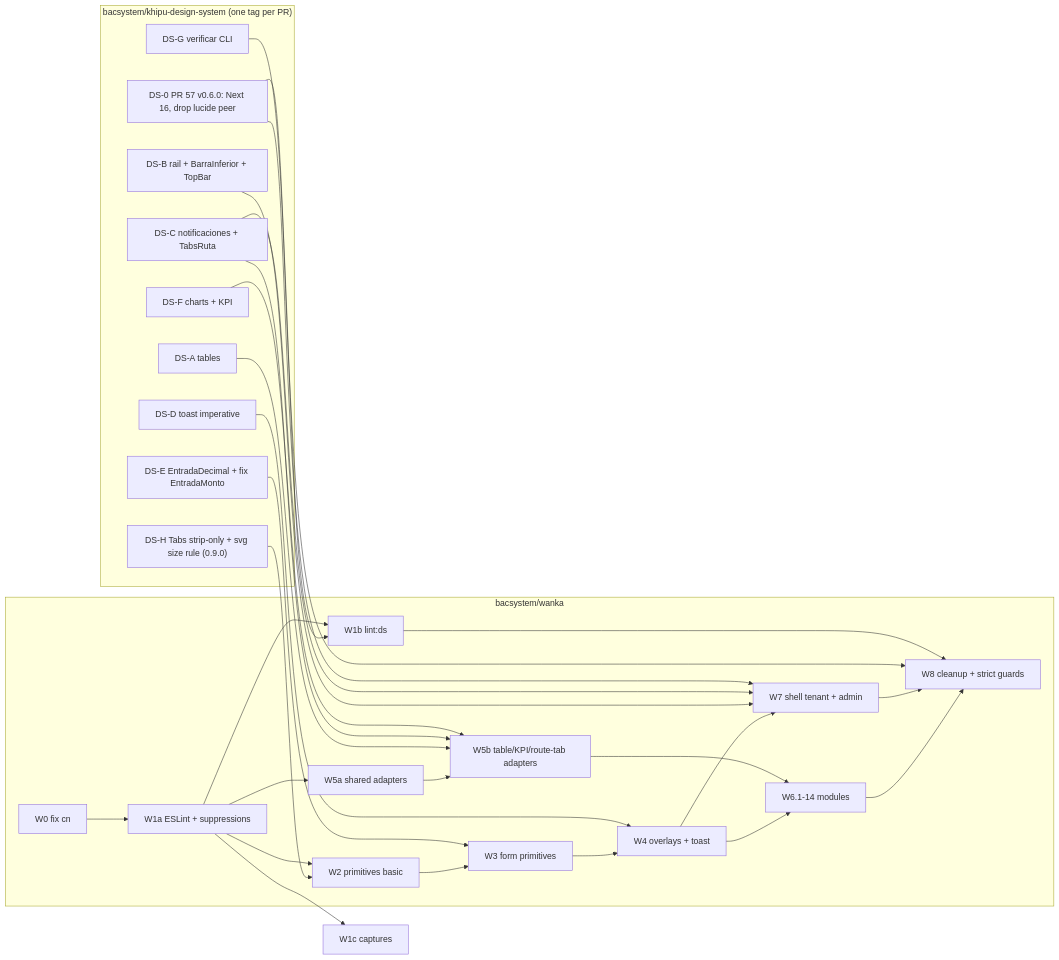
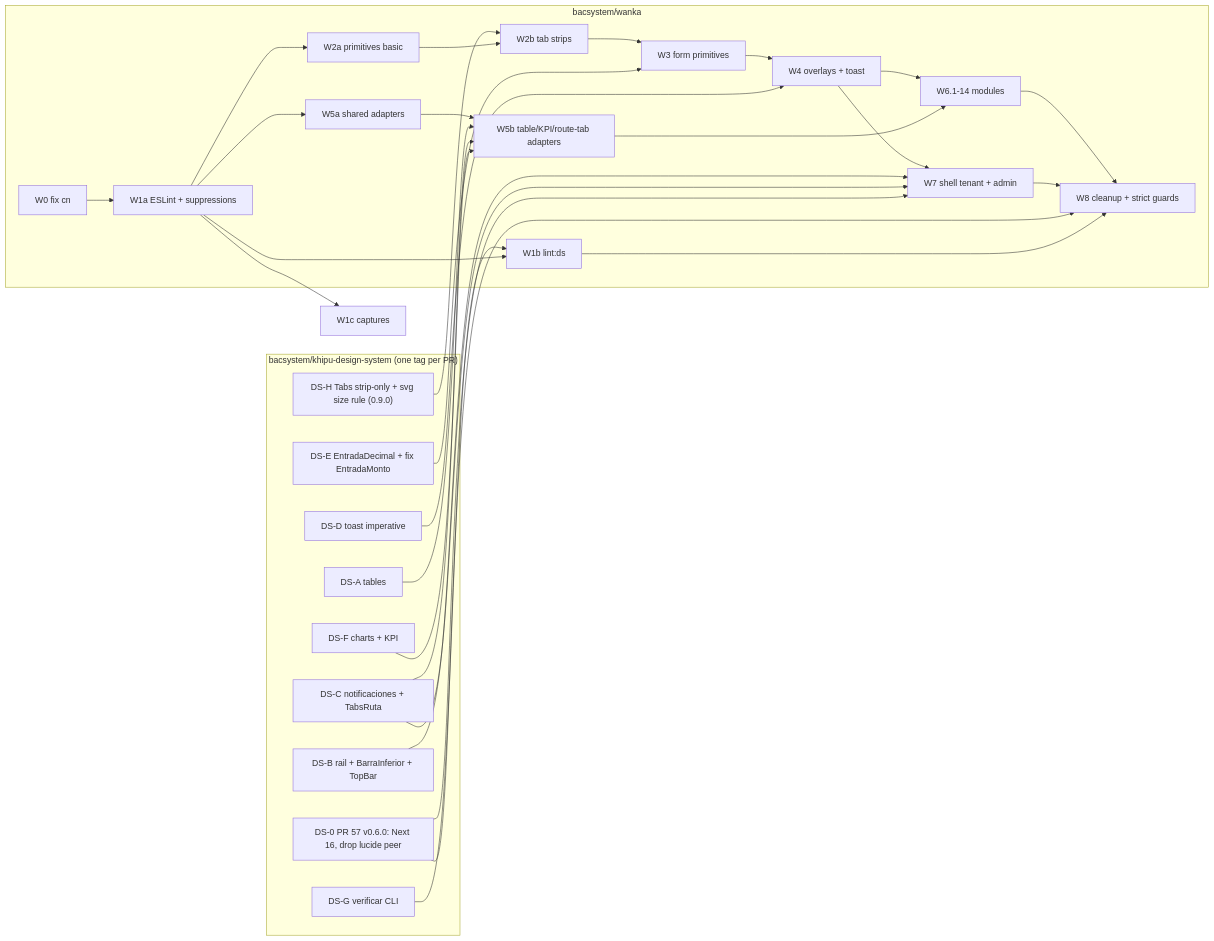
Before and after one commit to bacsystem/wanka: the diagram in docs/frontend-migration-khipu.mmd, drawn with Mermaid. The commit also changed 2 other files, not shown here.

```diff
--- a/docs/frontend-migration-khipu.mmd
+++ b/docs/frontend-migration-khipu.mmd
@@ -1,48 +1,49 @@
 flowchart LR
   subgraph DS["bacsystem/khipu-design-system (one tag per PR)"]
     DS0["DS-0 PR 57 v0.6.0: Next 16, drop lucide peer"]
     DSG["DS-G verificar CLI"]
     DSA["DS-A tables"]
     DSB["DS-B rail + BarraInferior + TopBar"]
     DSC["DS-C notificaciones + TabsRuta"]
     DSD["DS-D toast imperative"]
     DSE["DS-E EntradaDecimal + fix EntradaMonto"]
     DSF["DS-F charts + KPI"]
     DSH["DS-H Tabs strip-only + svg size rule (0.9.0)"]
   end
   subgraph W["bacsystem/wanka"]
     W0["W0 fix cn"]
     W1a["W1a ESLint + suppressions"]
     W1b["W1b lint:ds"]
-    W2["W2 primitives basic"]
+    W2a["W2a primitives basic"]
+    W2b["W2b tab strips"]
     W3["W3 form primitives"]
     W4["W4 overlays + toast"]
     W5a["W5a shared adapters"]
     W5b["W5b table/KPI/route-tab adapters"]
     W6["W6.1-14 modules"]
     W7["W7 shell tenant + admin"]
     W8["W8 cleanup + strict guards"]
   end
   W0 --> W1a
   DSG --> W1b
   W1a --> W1b
   W1a --> W1c["W1c captures"]
-  DSH --> W2
-  W1a --> W2 --> W3 --> W4
+  DSH --> W2b
+  W1a --> W2a --> W2b --> W3 --> W4
   W1a --> W5a
   DSE --> W3
   DSD --> W4
   W5a --> W5b
   DSA --> W5b
   DSC --> W5b
   DSF --> W5b
   W4 --> W6
   W5b --> W6
   W4 --> W7
   DSB --> W7
   DSC --> W7
   W6 --> W8
   W7 --> W8
   DS0 --> W7
   DS0 --> W8
   W1b --> W8
```
